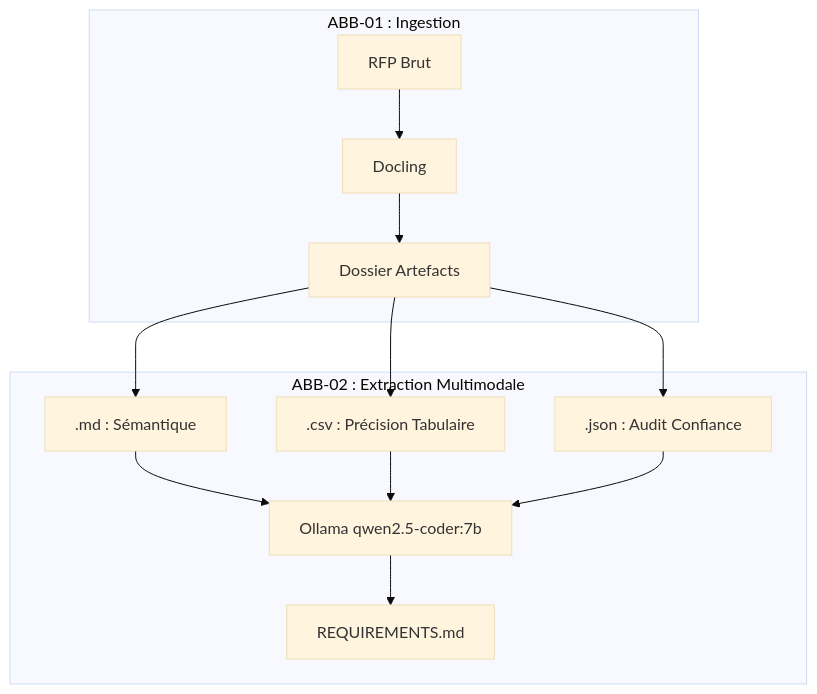
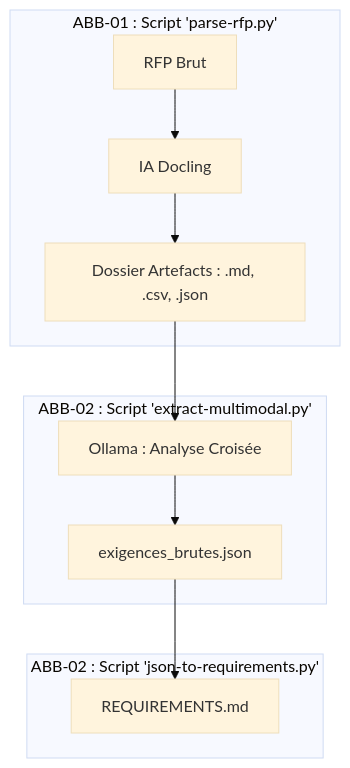
Before and after one commit to RodMan121/i-ingestion_lecture_rfp: the diagram in 00-GOUVERNANCE/LLM_MASTER_KNOWLEDGE.md, drawn with Mermaid (base theme). The commit also changed other lines of this file and 2 other files, not shown here.

Commit message:
docs: clearly differentiate ABB-01 and ABB-02 by their dedicated scripts and roles

````diff
--- a/00-GOUVERNANCE/LLM_MASTER_KNOWLEDGE.md
+++ b/00-GOUVERNANCE/LLM_MASTER_KNOWLEDGE.md
@@ -13,14 +13,16 @@
 ```mermaid
 graph TD
-    subgraph ABB-01 : Ingestion
-        RAW[RFP Brut] --> DOC[Docling]
-        DOC --> ARTEFACTS[Dossier Artefacts]
+    subgraph ABB-01 : Script 'parse-rfp.py'
+        RAW[RFP Brut] --> DOC[IA Docling]
+        DOC --> ARTEFACTS[Dossier Artefacts : .md, .csv, .json]
     end
-    subgraph ABB-02 : Extraction Multimodale
-        ARTEFACTS --> MD[.md : Sémantique]
-        ARTEFACTS --> CSV[.csv : Précision Tabulaire]
-        ARTEFACTS --> JSON[.json : Audit Confiance]
-        MD & CSV & JSON --> OLL[Ollama qwen2.5-coder:7b]
-        OLL --> REQ[REQUIREMENTS.md]
+    
+    subgraph ABB-02 : Script 'extract-multimodal.py'
+        ARTEFACTS --> OLL[Ollama : Analyse Croisée]
+        OLL --> RAW_JSON[exigences_brutes.json]
+    end
+
+    subgraph ABB-02 : Script 'json-to-requirements.py'
+        RAW_JSON --> MD[REQUIREMENTS.md]
     end
 ```
````
